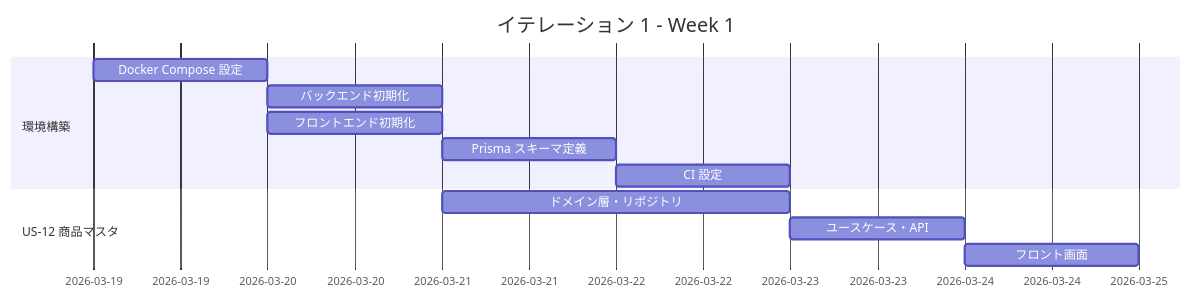
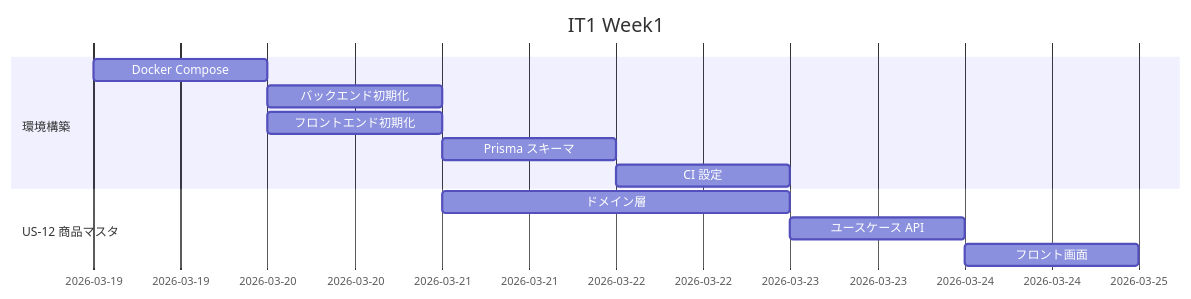
One commit to k2works/case-study-sdd-development changed the first of 3 diagrams in docs/development/iteration_plan-1.md. Above: the diagram before and after it, drawn with Mermaid. The commit also changed other lines of this file and 1 other file, not shown here.

Commit message:
docs(development): mermaid ガントチャートの構文エラーを修正

````diff
--- a/docs/development/iteration_plan-1.md
+++ b/docs/development/iteration_plan-1.md
@@ -153,15 +153,15 @@
 ```mermaid
 gantt
-    title イテレーション 1 - Week 1
-    dateFormat  YYYY-MM-DD
+    title IT1 Week1
+    dateFormat YYYY-MM-DD
     section 環境構築
-    Docker Compose 設定          :d01, 2026-03-19, 1d
-    バックエンド初期化            :d02, after d01, 1d
-    フロントエンド初期化          :d03, after d01, 1d
-    Prisma スキーマ定義           :d04, after d02, 1d
-    CI 設定                      :d05, after d04, 1d
+    Docker Compose    :d01, 2026-03-19, 1d
+    バックエンド初期化 :d02, after d01, 1d
+    フロントエンド初期化 :d03, after d01, 1d
+    Prisma スキーマ   :d04, after d02, 1d
+    CI 設定           :d05, after d04, 1d
     section US-12 商品マスタ
-    ドメイン層・リポジトリ        :d06, 2026-03-21, 2d
-    ユースケース・API             :d07, after d06, 1d
-    フロント画面                  :d08, after d07, 1d
+    ドメイン層        :d06, 2026-03-21, 2d
+    ユースケース API  :d07, after d06, 1d
+    フロント画面      :d08, after d07, 1d
 ```
````
